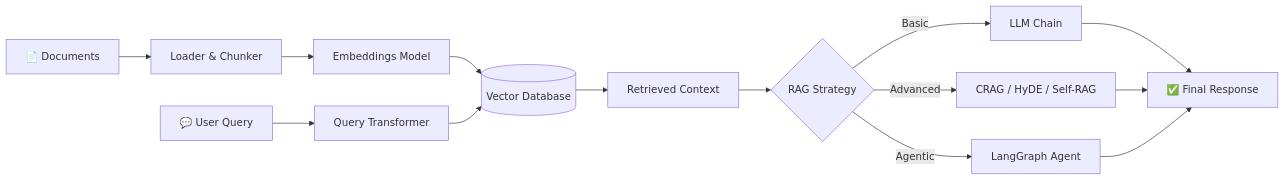
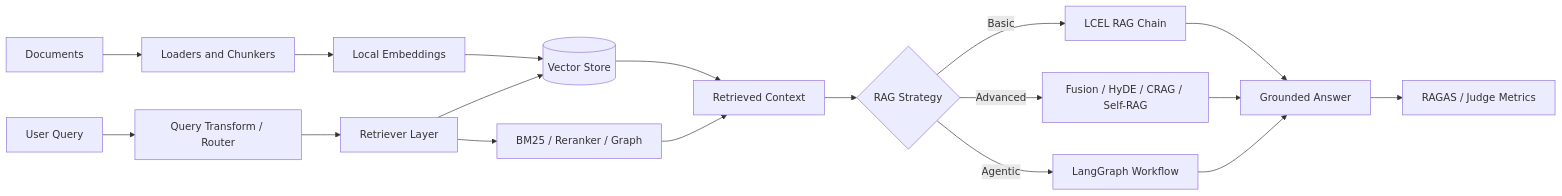
One commit to mohd-faizy/Advanced-RAG-Systems changed the diagram in README.md. Above: the diagram before and after it, drawn with Mermaid. The commit also changed other lines of this file and 43 other files, not shown here.

````diff
--- a/README.md
+++ b/README.md
@@ -57,16 +61,20 @@
 ```mermaid
 flowchart LR
-    A[📄 Documents] --> B[Loader & Chunker]
-    B --> C[Embeddings Model]
-    C --> D[(Vector Database)]
-    E[💬 User Query] --> F[Query Transformer]
-    F --> D
-    D --> G[Retrieved Context]
-    G --> H{RAG Strategy}
-    H -->|Basic| I[LLM Chain]
-    H -->|Advanced| J[CRAG / HyDE / Self-RAG]
-    H -->|Agentic| K[LangGraph Agent]
-    I --> L[✅ Final Response]
-    J --> L
-    K --> L
+    A["Documents"] --> B["Loaders and Chunkers"]
+    B --> C["Local Embeddings"]
+    C --> D[("Vector Store")]
+    E["User Query"] --> F["Query Transform / Router"]
+    F --> G["Retriever Layer"]
+    G --> D
+    G --> H["BM25 / Reranker / Graph"]
+    D --> I["Retrieved Context"]
+    H --> I
+    I --> J{"RAG Strategy"}
+    J -->|"Basic"| K["LCEL RAG Chain"]
+    J -->|"Advanced"| L["Fusion / HyDE / CRAG / Self-RAG"]
+    J -->|"Agentic"| M["LangGraph Workflow"]
+    K --> N["Grounded Answer"]
+    L --> N
+    M --> N
+    N --> O["RAGAS / Judge Metrics"]
 ```
````
